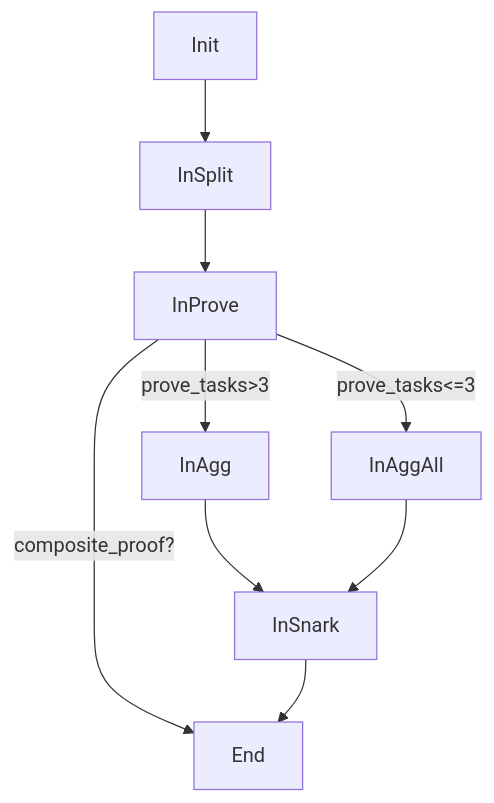
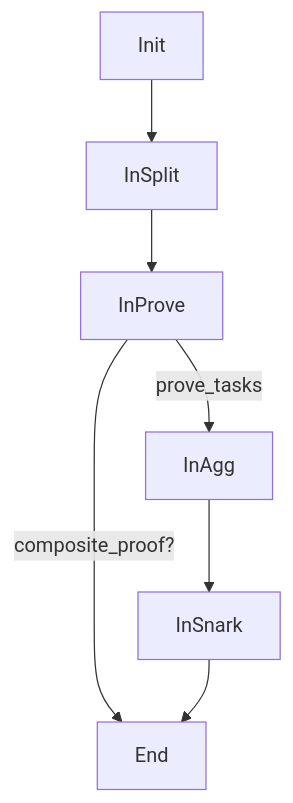
One commit to zkMIPS/zkm-prover changed the first of 3 diagrams in README.md. Above: the diagram before and after it, drawn with Mermaid. The commit also changed other lines of this file and 9 other files, not shown here.

````diff
--- a/README.md
+++ b/README.md
@@ -6,11 +6,9 @@
 ```mermaid
 graph TD
     Init --> InSplit;
     InSplit --> InProve;
-    InProve --prove_tasks>3--> InAgg;
-    InProve --prove_tasks<=3--> InAggAll;
+    InProve --prove_tasks--> InAgg;
     InProve --composite_proof?--> End;
     InAgg --> InSnark;
-    InAggAll --> InSnark;
     InSnark --> End;
 ```
````
